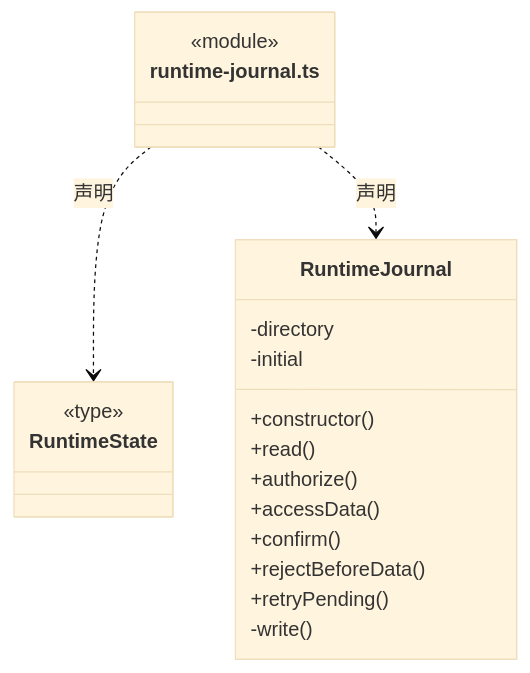
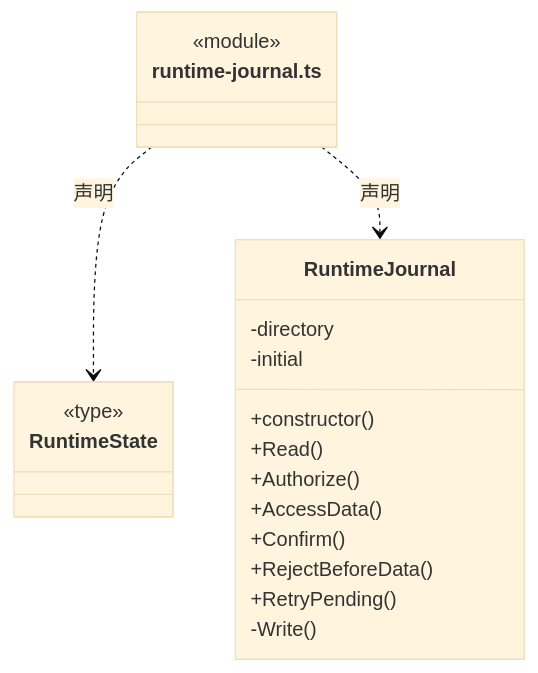
Before and after one commit to nan023062/cbim: diagram 16 of 28 in src/logic/updates/service/ARCHITECTURE.md, drawn with Mermaid (base theme). The commit also changed other lines of this file and 1035 other files, not shown here.

````diff
--- a/src/logic/updates/service/ARCHITECTURE.md
+++ b/src/logic/updates/service/ARCHITECTURE.md
@@ -332,24 +332,24 @@
 ```mermaid
 classDiagram
 class N_src_logic_updates_service_runtime_journal_ts["runtime-journal.ts"] {
   <<module>>
 }
 class N_src_logic_updates_service_runtime_journal_ts_RuntimeState["RuntimeState"] {
   <<type>>
 
 }
 N_src_logic_updates_service_runtime_journal_ts ..> N_src_logic_updates_service_runtime_journal_ts_RuntimeState : 声明
 class N_src_logic_updates_service_runtime_journal_ts_RuntimeJournal["RuntimeJournal"] {
   +constructor()
-  +read()
-  +authorize()
-  +accessData()
-  +confirm()
-  +rejectBeforeData()
-  +retryPending()
+  +Read()
+  +Authorize()
+  +AccessData()
+  +Confirm()
+  +RejectBeforeData()
+  +RetryPending()
   -directory
   -initial
-  -write()
+  -Write()
 }
 N_src_logic_updates_service_runtime_journal_ts ..> N_src_logic_updates_service_runtime_journal_ts_RuntimeJournal : 声明
 ```
````
